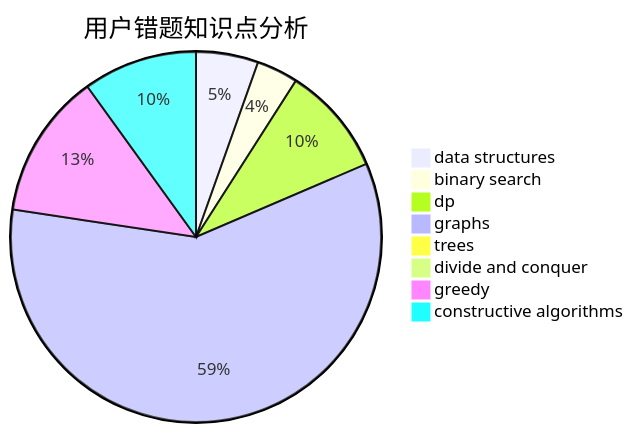
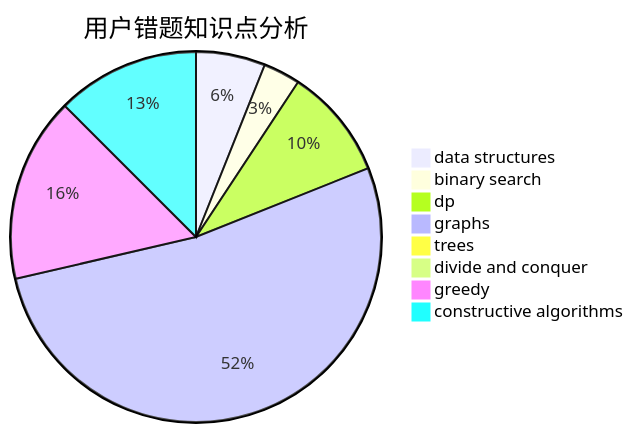
One commit to sherpahu/cfrs.github.io changed the third of 3 diagrams in docs/user/u119.md. Above: the diagram before and after it, drawn with Mermaid. The commit also changed other lines of this file and 2770 other files, not shown here.

````diff
--- a/docs/user/u119.md
+++ b/docs/user/u119.md
@@ -36,11 +36,11 @@
 ```mermaid
 pie title 用户错题知识点分析
-    "data structures" :  12
+    "data structures" :  15
     "binary search" :  8
-    "dp" :  21
+    "dp" :  24
     "graphs" :  130
     "trees" :  0
     "divide and conquer" :  0
-    "greedy" :  28
-    "constructive algorithms" :  22
+    "greedy" :  40
+    "constructive algorithms" :  31
 ```
````
